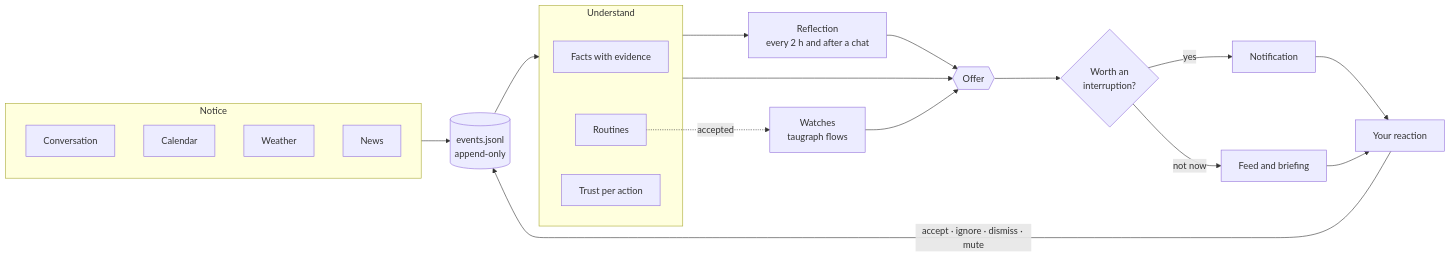
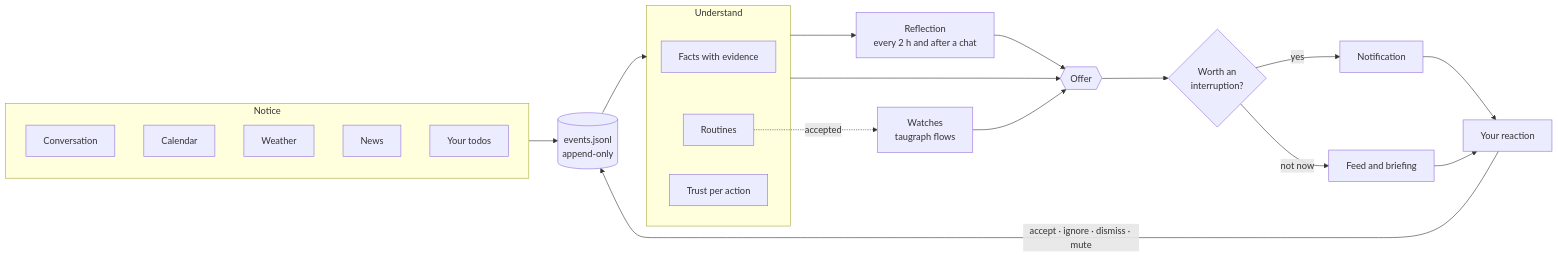
The first of 2 diagrams in README.md (lycenxx/moqi), drawn with Mermaid before and after one commit. The commit also changed other lines of this file and 8 other files, not shown here.

````diff
--- a/README.md
+++ b/README.md
@@ -17,30 +17,31 @@
 ```mermaid
 flowchart LR
   subgraph notice [Notice]
     talk[Conversation]
     cal[Calendar]
     wx[Weather]
     rss[News]
+    todo[Your todos]
   end
   log[("events.jsonl<br/>append-only")]
   subgraph understand [Understand]
     facts[Facts with evidence]
     routines[Routines]
     trust[Trust per action]
   end
   watches[Watches<br/>taugraph flows]
   think[Reflection<br/>every 2 h and after a chat]
   offer{{Offer}}
   gate{Worth an<br/>interruption?}
   notice --> log --> understand
   understand --> think --> offer
   understand --> offer
   watches --> offer
   routines -.->|accepted| watches
   offer --> gate
   gate -->|yes| notify[Notification]
   gate -->|not now| feed[Feed and briefing]
   notify --> react[Your reaction]
   feed --> react
   react -->|accept · ignore · dismiss · mute| log
 ```
````
